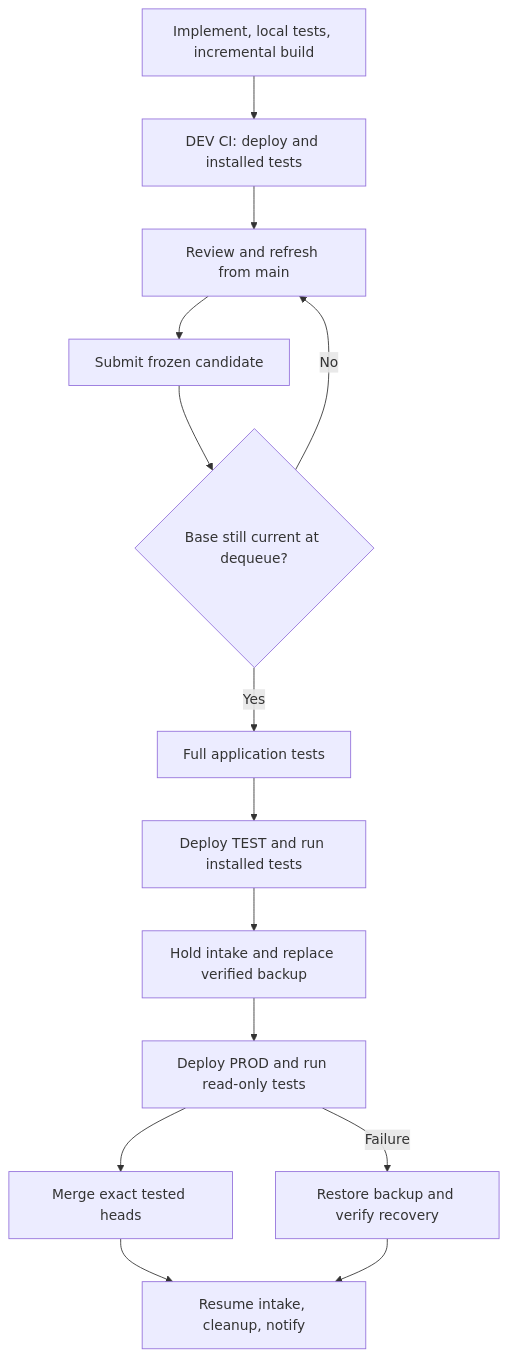
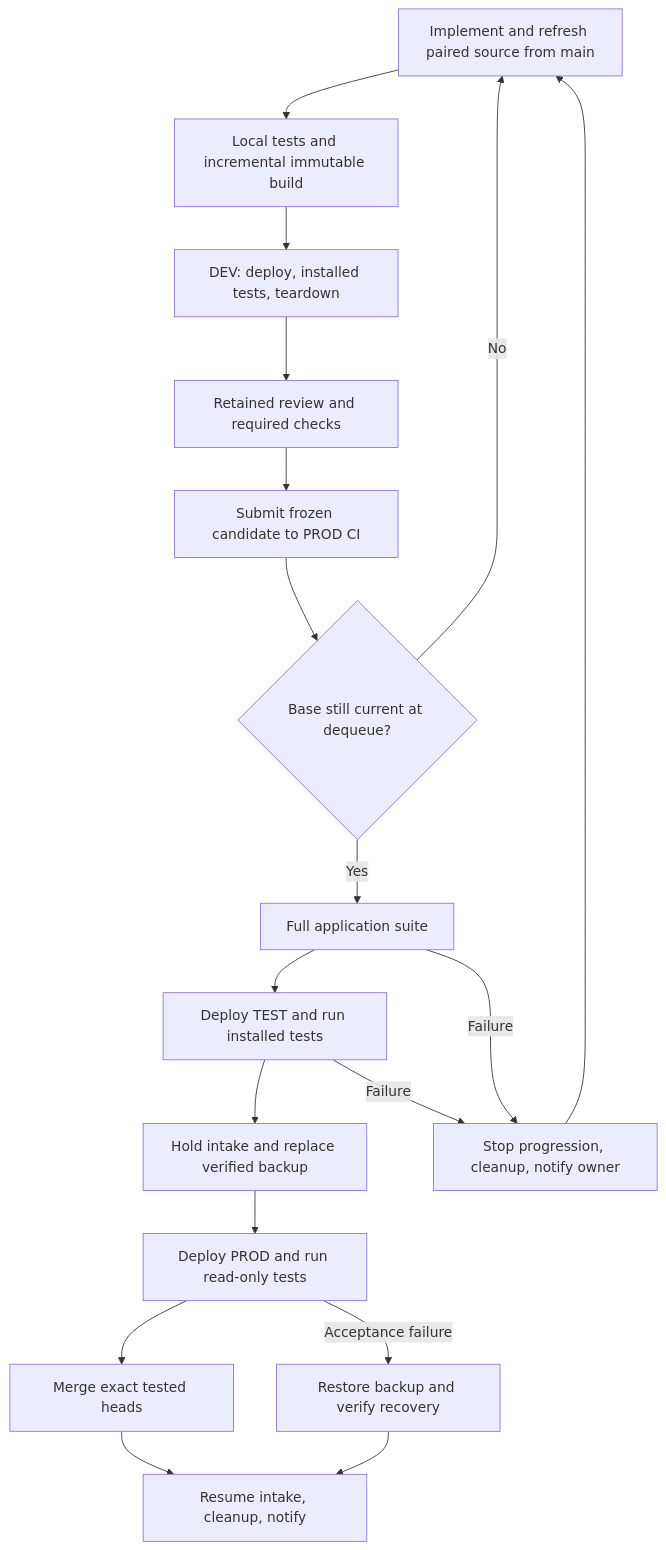
The diagram in docs/plans/064-triggered-ci.md (coletaylor788/puddles), drawn with Mermaid before and after one commit. The commit also changed other lines of this file and 6 other files, not shown here.

````diff
--- a/docs/plans/064-triggered-ci.md
+++ b/docs/plans/064-triggered-ci.md
@@ -18,16 +18,20 @@
 ```mermaid
 flowchart TD
-  A[Implement, local tests, incremental build] --> B[DEV CI: deploy and installed tests]
-  B --> C[Review and refresh from main]
-  C --> D[Submit frozen candidate]
-  D --> E{Base still current at dequeue?}
-  E -->|No| C
-  E -->|Yes| F[Full application tests]
-  F --> G[Deploy TEST and run installed tests]
-  G --> H[Hold intake and replace verified backup]
-  H --> I[Deploy PROD and run read-only tests]
-  I --> J[Merge exact tested heads]
-  J --> K[Resume intake, cleanup, notify]
-  I -->|Failure| R[Restore backup and verify recovery]
-  R --> K
+  A[Implement and refresh paired source from main] --> B[Local tests and incremental immutable build]
+  B --> C[DEV: deploy, installed tests, teardown]
+  C --> D[Retained review and required checks]
+  D --> E[Submit frozen candidate to PROD CI]
+  E --> F{Base still current at dequeue?}
+  F -->|No| A
+  F -->|Yes| G[Full application suite]
+  G --> H[Deploy TEST and run installed tests]
+  H --> I[Hold intake and replace verified backup]
+  I --> J[Deploy PROD and run read-only tests]
+  J --> K[Merge exact tested heads]
+  K --> L[Resume intake, cleanup, notify]
+  J -->|Acceptance failure| R[Restore backup and verify recovery]
+  R --> L
+  G -->|Failure| X[Stop progression, cleanup, notify owner]
+  H -->|Failure| X
+  X --> A
 ```
````
